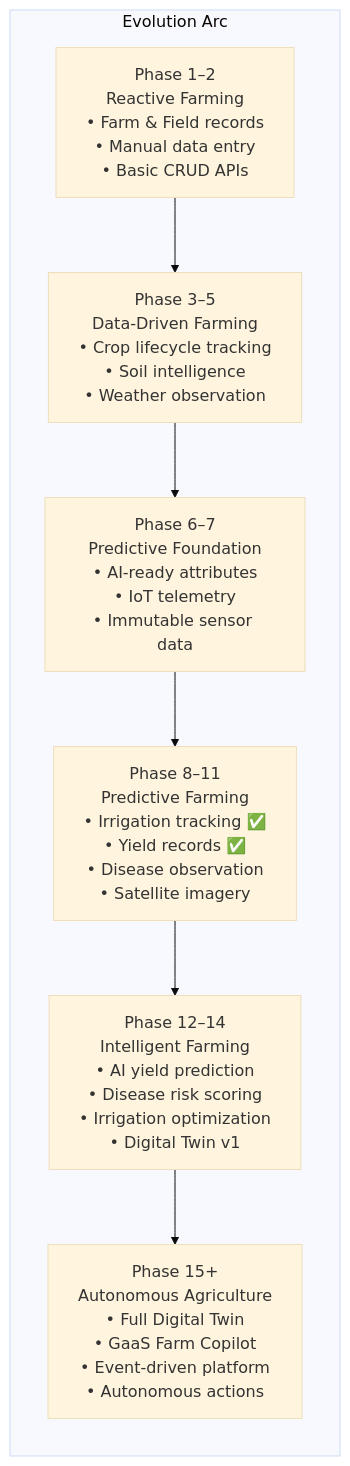
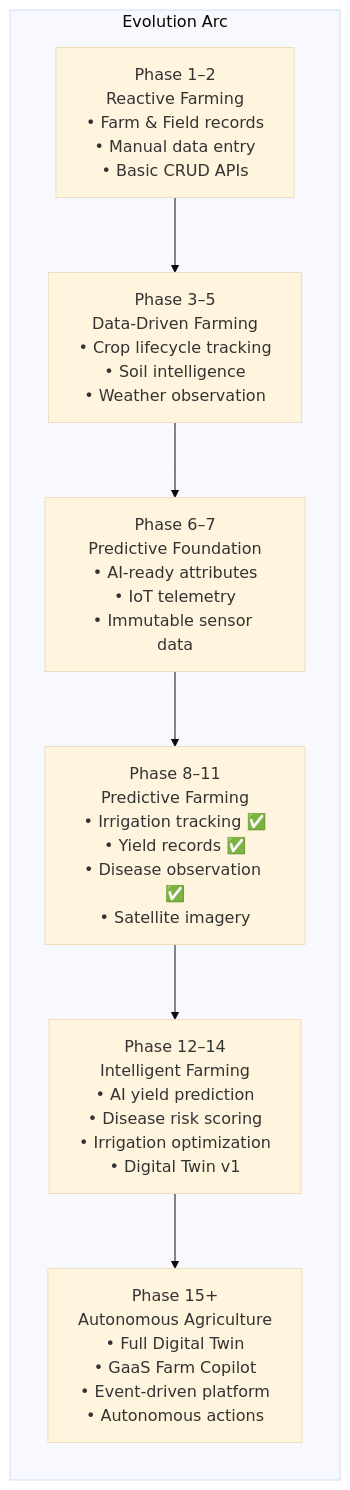
Before and after one commit to santoshnarayanan/AGRIFLOW-AI: diagram 18 of 18 in docs/09-architecture-diagrams.md, drawn with Mermaid (base theme). The commit also changed other lines of this file and 1 other file, not shown here.

Commit message:
Phase 10 - docs: documents updated

````diff
--- a/docs/09-architecture-diagrams.md
+++ b/docs/09-architecture-diagrams.md
@@ -1305,13 +1361,13 @@
 ```mermaid
 graph LR
     subgraph "Evolution Arc"
         P1["Phase 1–2\nReactive Farming\n• Farm & Field records\n• Manual data entry\n• Basic CRUD APIs"]
         P2["Phase 3–5\nData-Driven Farming\n• Crop lifecycle tracking\n• Soil intelligence\n• Weather observation"]
         P3["Phase 6–7\nPredictive Foundation\n• AI-ready attributes\n• IoT telemetry\n• Immutable sensor data"]
-        P4["Phase 8–11\nPredictive Farming\n• Irrigation tracking ✅\n• Yield records ✅\n• Disease observation\n• Satellite imagery"]
+        P4["Phase 8–11\nPredictive Farming\n• Irrigation tracking ✅\n• Yield records ✅\n• Disease observation ✅\n• Satellite imagery"]
         P5["Phase 12–14\nIntelligent Farming\n• AI yield prediction\n• Disease risk scoring\n• Irrigation optimization\n• Digital Twin v1"]
         P6["Phase 15+\nAutonomous Agriculture\n• Full Digital Twin\n• GaaS Farm Copilot\n• Event-driven platform\n• Autonomous actions"]
     end
 
     P1 --> P2 --> P3 --> P4 --> P5 --> P6
 ```
````
